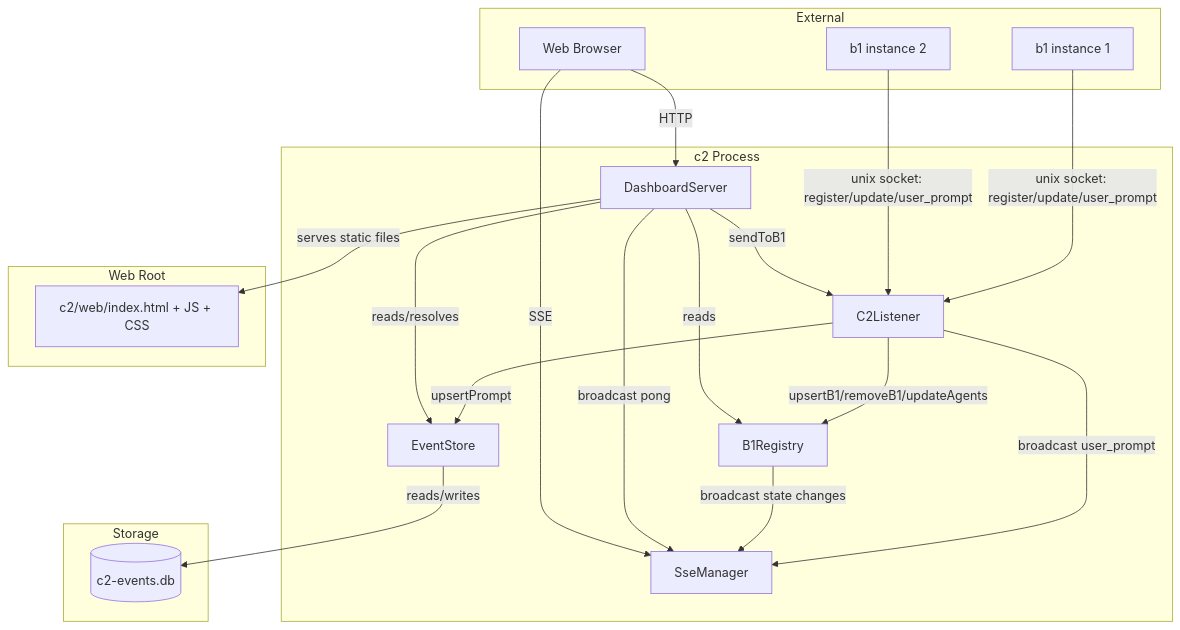
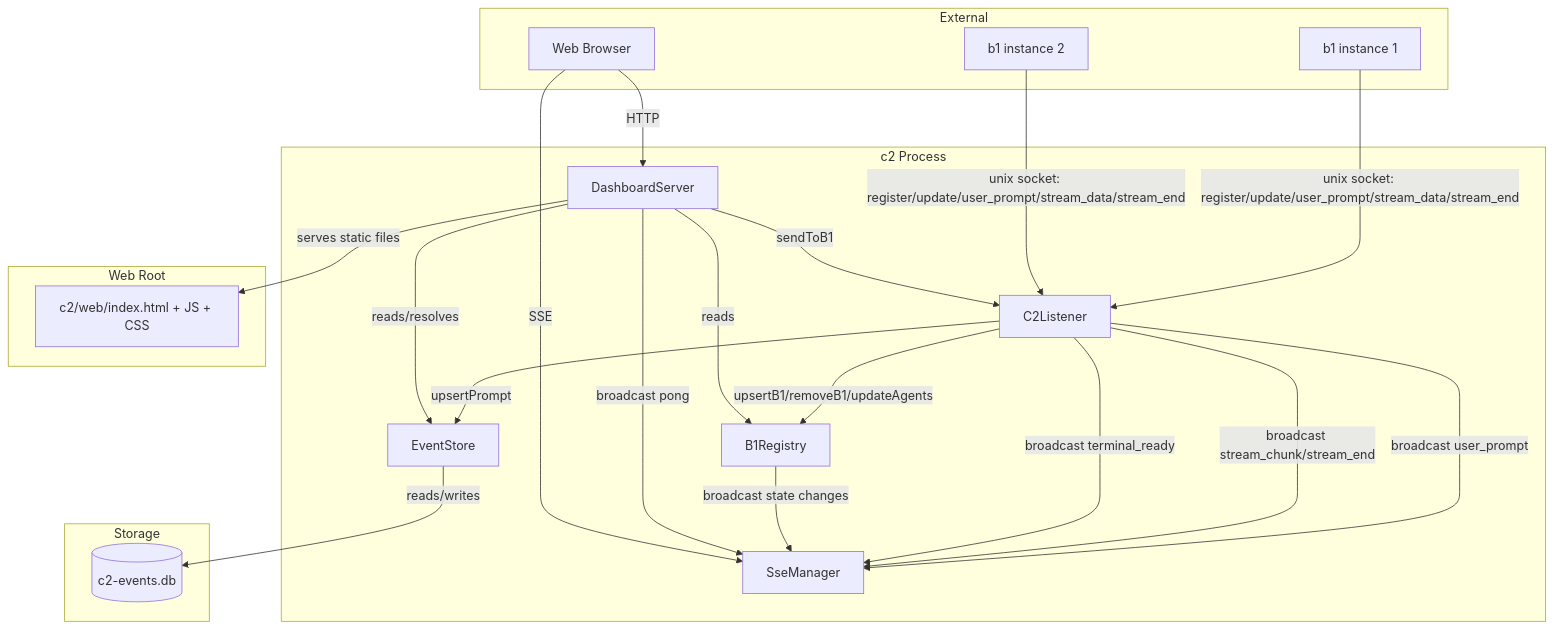
The first of 6 diagrams in src/c2/technical-specification.md (opensassi/a0), drawn with Mermaid before and after one commit. The commit also changed other lines of this file and 28 other files, not shown here.

````diff
--- a/src/c2/technical-specification.md
+++ b/src/c2/technical-specification.md
@@ -290,41 +292,43 @@
 ```mermaid
 graph TB
     subgraph "c2 Process"
         REG[B1Registry]
         SSE[SseManager]
         EV[EventStore]
         L[C2Listener]
         D[DashboardServer]
     end
 
     subgraph "External"
         B1_1[b1 instance 1]
         B1_2[b1 instance 2]
         BROWSER[Web Browser]
     end
 
     subgraph "Storage"
         DB[(c2-events.db)]
     end
 
     subgraph "Web Root"
         STATIC[c2/web/index.html + JS + CSS]
     end
 
-    B1_1 -->|"unix socket: register/update/user_prompt"| L
-    B1_2 -->|"unix socket: register/update/user_prompt"| L
+    B1_1 -->|"unix socket: register/update/user_prompt/stream_data/stream_end"| L
+    B1_2 -->|"unix socket: register/update/user_prompt/stream_data/stream_end"| L
     L -->|upsertB1/removeB1/updateAgents| REG
     L -->|upsertPrompt| EV
     L -->|broadcast user_prompt| SSE
+    L -->|broadcast stream_chunk/stream_end| SSE
+    L -->|broadcast terminal_ready| SSE
     REG -->|broadcast state changes| SSE
 
     D -->|reads| REG
     D -->|reads/resolves| EV
     D -->|sendToB1| L
     D -->|broadcast pong| SSE
     D -->|serves static files| STATIC
 
     BROWSER -->|HTTP| D
     BROWSER -->|SSE| SSE
     EV -->|reads/writes| DB
 ```
````
